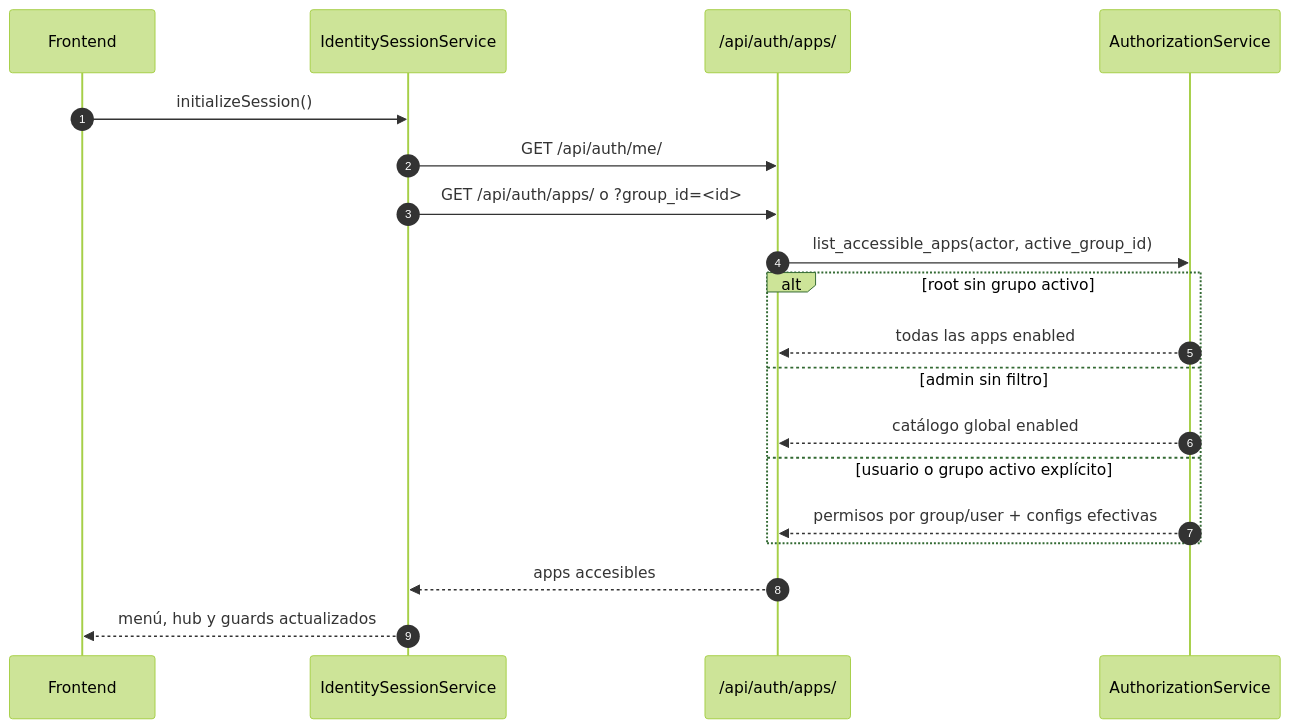
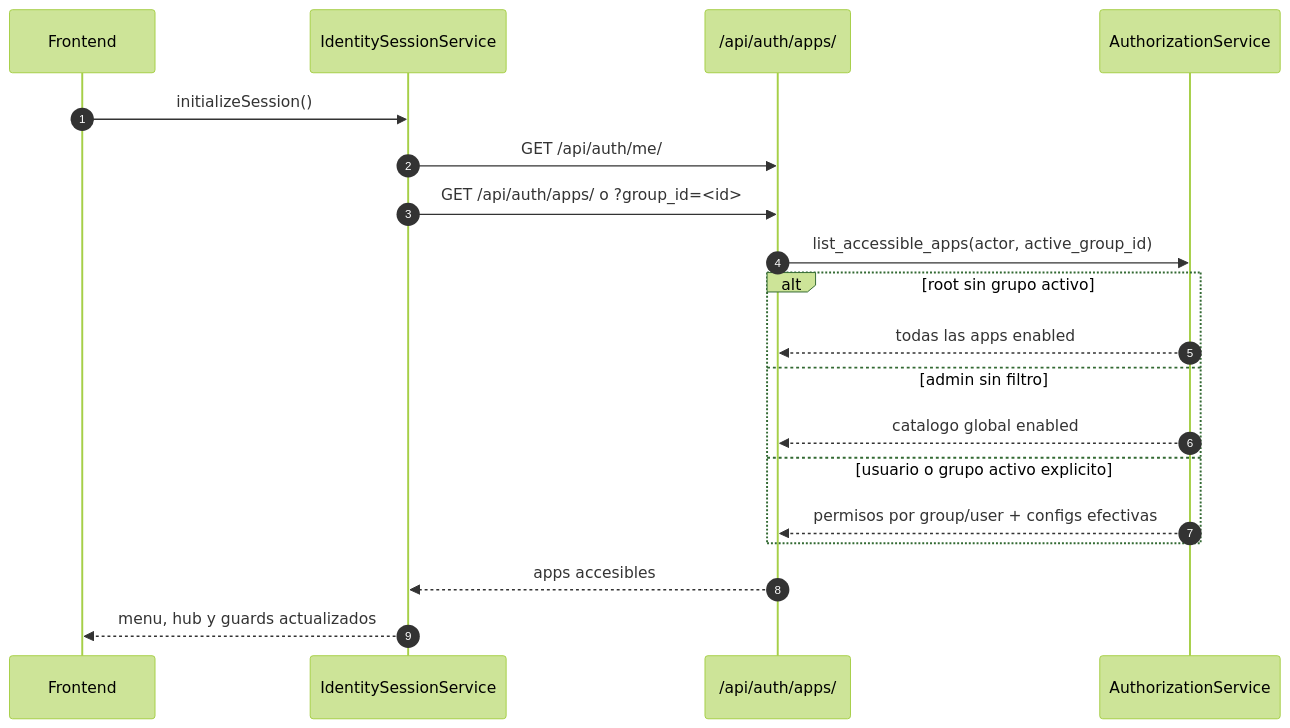
Before and after one commit to chem-gl/chemistry-apps: the seventh of 8 diagrams in README.md, drawn with Mermaid (forest theme). The commit also changed other lines of this file and 2 other files, not shown here.

````diff
--- a/README.md
+++ b/README.md
@@ -1396,22 +479,22 @@
 ```mermaid
 sequenceDiagram
   autonumber
   participant UI as Frontend
   participant SS as IdentitySessionService
   participant API as /api/auth/apps/
   participant AZ as AuthorizationService
 
   UI->>SS: initializeSession()
   SS->>API: GET /api/auth/me/
   SS->>API: GET /api/auth/apps/ o ?group_id=<id>
   API->>AZ: list_accessible_apps(actor, active_group_id)
   alt root sin grupo activo
     AZ-->>API: todas las apps enabled
   else admin sin filtro
-    AZ-->>API: catálogo global enabled
-  else usuario o grupo activo explícito
+    AZ-->>API: catalogo global enabled
+  else usuario o grupo activo explicito
     AZ-->>API: permisos por group/user + configs efectivas
   end
   API-->>SS: apps accesibles
-  SS-->>UI: menú, hub y guards actualizados
+  SS-->>UI: menu, hub y guards actualizados
 ```
````
